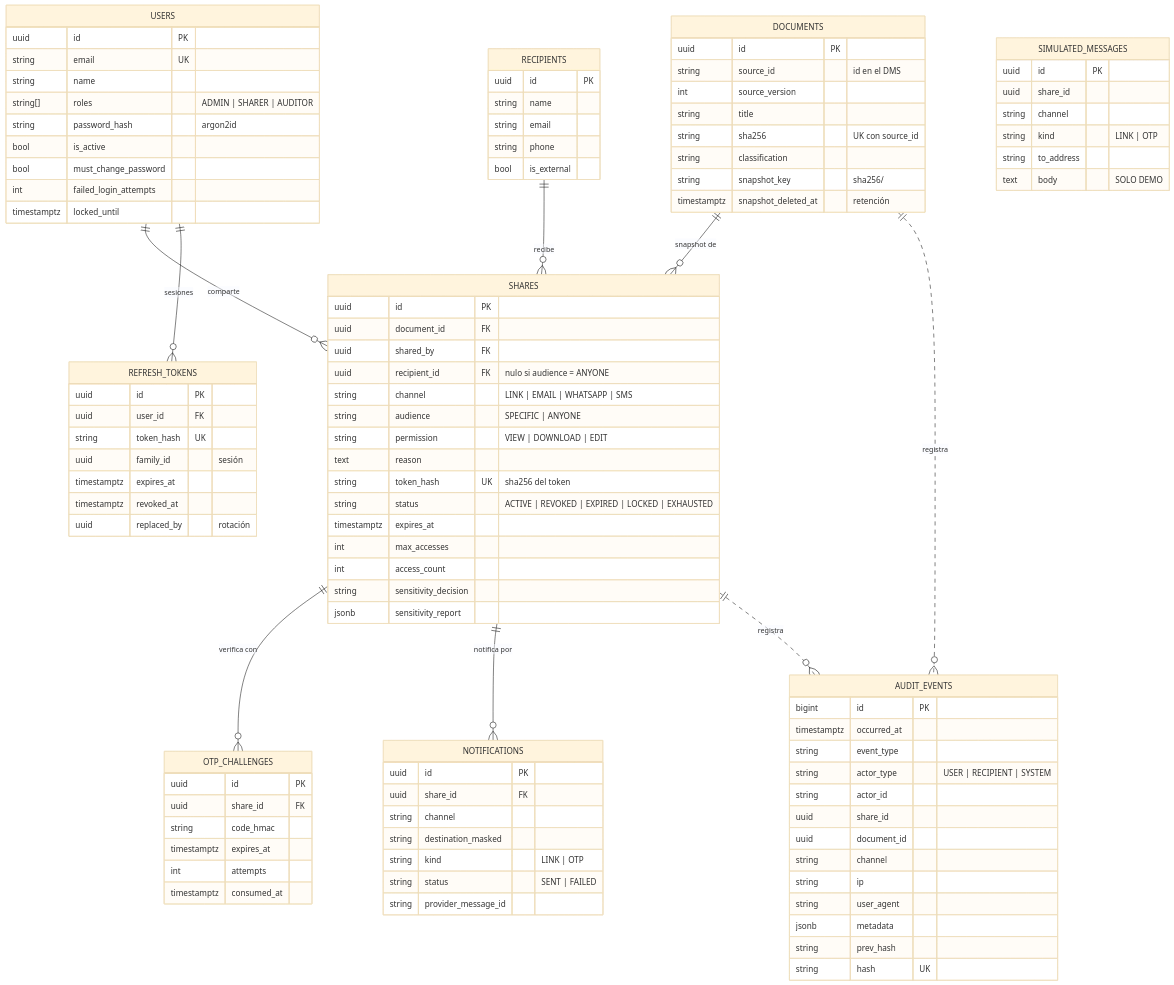
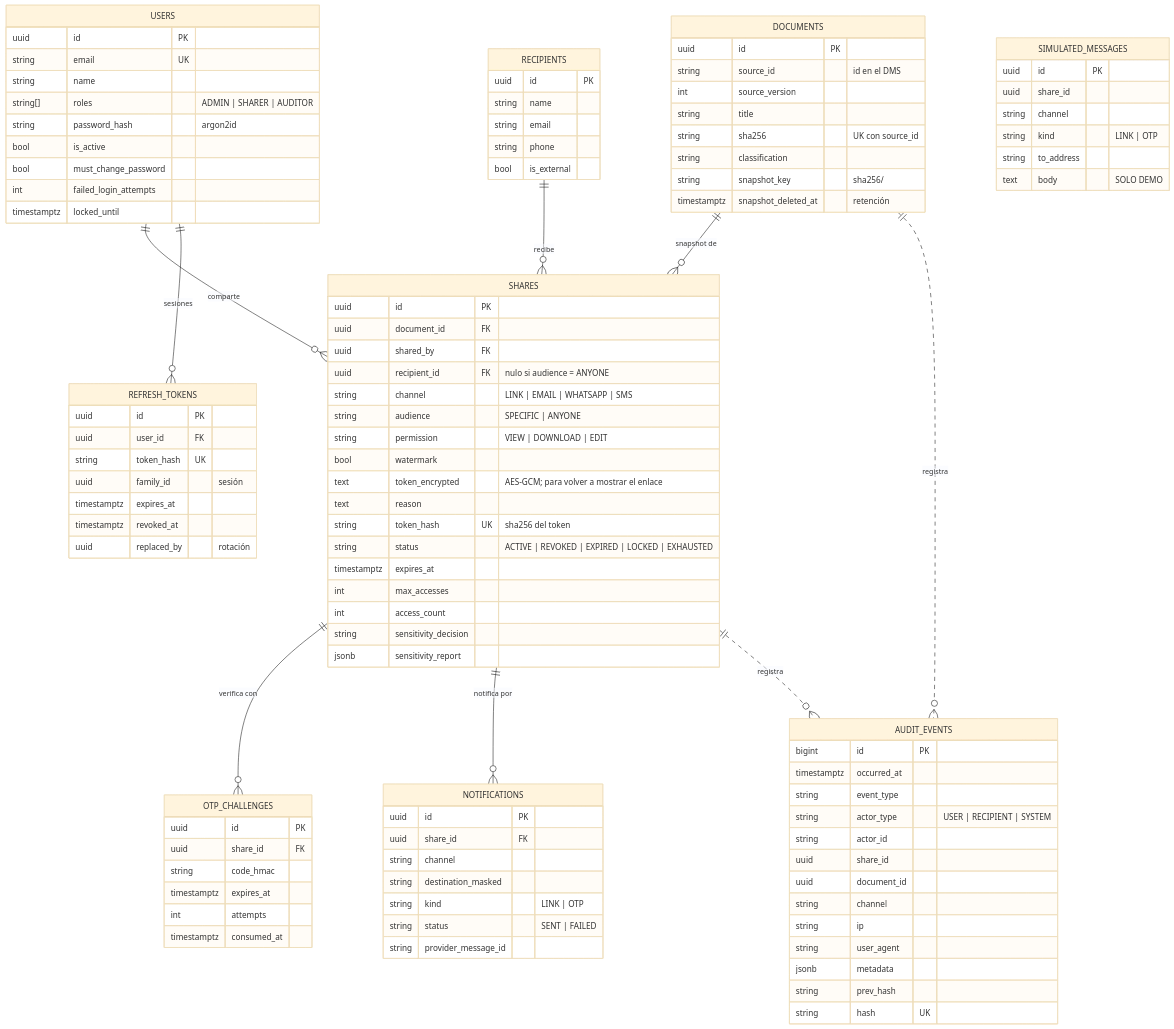
The first of 2 diagrams in docs/03-modelo-datos.md (samilr/thinknex-docshare), drawn with Mermaid (base theme) before and after one commit. The commit also changed other lines of this file and 15 other files, not shown here.

```diff
--- a/docs/03-modelo-datos.md
+++ b/docs/03-modelo-datos.md
@@ -68,6 +68,8 @@
         string channel "LINK | EMAIL | WHATSAPP | SMS"
         string audience "SPECIFIC | ANYONE"
         string permission "VIEW | DOWNLOAD | EDIT"
+        bool watermark
+        text token_encrypted "AES-GCM; para volver a mostrar el enlace"
         text reason
         string token_hash UK "sha256 del token"
         string status "ACTIVE | REVOKED | EXPIRED | LOCKED | EXHAUSTED"
```
